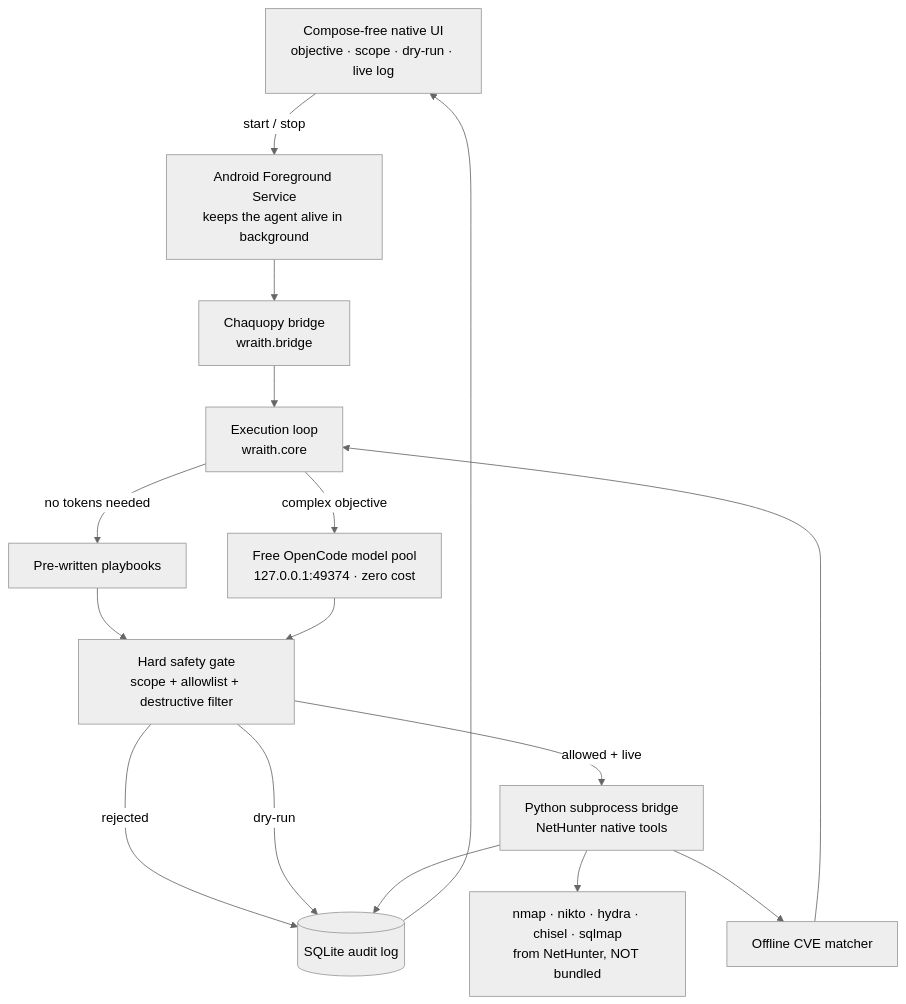
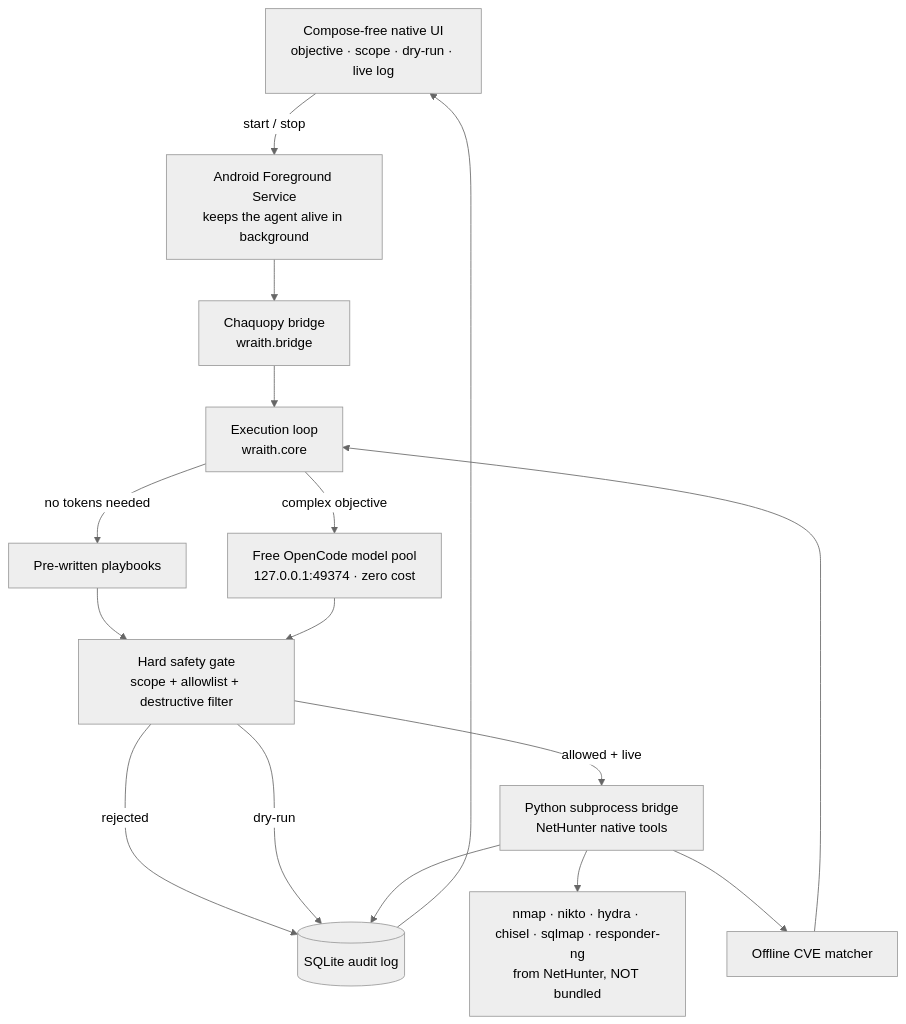
The diagram in README.md (elb1982az-del/wrait-agent), drawn with Mermaid (neutral theme) before and after one commit. The commit also changed other lines of this file and 6 other files, not shown here.

````diff
--- a/README.md
+++ b/README.md
@@ -13,29 +13,29 @@
 ```mermaid
 flowchart TD
     UI[Compose-free native UI<br/>objective · scope · dry-run · live log]
     SVC[Android Foreground Service<br/>keeps the agent alive in background]
     BRIDGE[Chaquopy bridge<br/>wraith.bridge]
     CORE[Execution loop<br/>wraith.core]
     LLM[Free OpenCode model pool<br/>127.0.0.1:49374 · zero cost]
     PLAY[Pre-written playbooks]
     VAL[Hard safety gate<br/>scope + allowlist + destructive filter]
     EXEC[Python subprocess bridge<br/>NetHunter native tools]
     CVE[Offline CVE matcher]
     DB[(SQLite audit log)]
-    TOOLS[nmap · nikto · hydra · chisel · sqlmap<br/>from NetHunter, NOT bundled]
+    TOOLS[nmap · nikto · hydra · chisel · sqlmap · responder-ng<br/>from NetHunter, NOT bundled]
 
     UI -->|start / stop| SVC
     SVC --> BRIDGE --> CORE
     CORE -->|no tokens needed| PLAY
     CORE -->|complex objective| LLM
     PLAY --> VAL
     LLM --> VAL
     VAL -->|rejected| DB
     VAL -->|dry-run| DB
     VAL -->|allowed + live| EXEC
     EXEC --> TOOLS
     EXEC --> CVE
     EXEC --> DB
     CVE --> CORE
     DB --> UI
 ```
````
